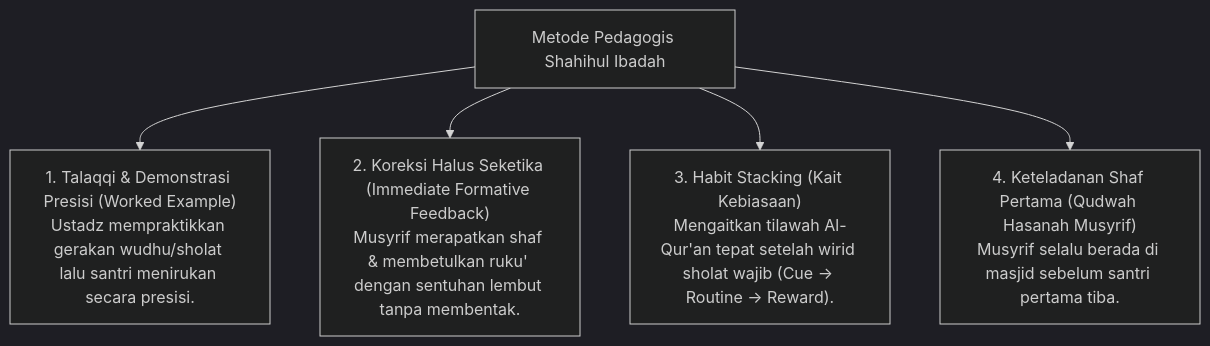
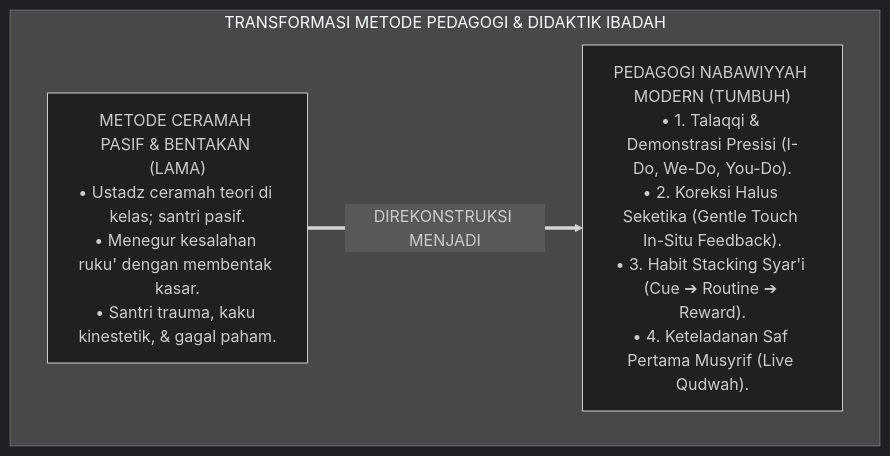
Before and after one commit to wandiapriliyandi/tumbuh: the first of 7 diagrams in 03 Capacity Framework/05 Shahihul Ibadah/P3-05-12-Metode-Pedagogi-dan-Didaktik-Ibadah.md, drawn with Mermaid (dark theme). The commit also changed other lines of this file and 15 other files, not shown here.

Commit message:
docs(domain-05): complete comprehensive research monographs for 05 Shahihul Ibadah (14 sub-modules + master doc + README)

````diff
--- a/03 Capacity Framework/05 Shahihul Ibadah/P3-05-12-Metode-Pedagogi-dan-Didaktik-Ibadah.md
+++ b/03 Capacity Framework/05 Shahihul Ibadah/P3-05-12-Metode-Pedagogi-dan-Didaktik-Ibadah.md
@@ -10,9 +54,10 @@
 ```mermaid
-graph TD
-    Metode["Metode Pedagogis Shahihul Ibadah"]
-    
-    Metode --> M1["1. Talaqqi & Demonstrasi Presisi (Worked Example)<br/>Ustadz mempraktikkan gerakan wudhu/sholat lalu santri menirukan secara presisi."]
-    Metode --> M2["2. Koreksi Halus Seketika (Immediate Formative Feedback)<br/>Musyrif merapatkan shaf & membetulkan ruku' dengan sentuhan lembut tanpa membentak."]
-    Metode --> M3["3. Habit Stacking (Kait Kebiasaan)<br/>Mengaitkan tilawah Al-Qur'an tepat setelah wirid sholat wajib (Cue -> Routine -> Reward)."]
-    Metode --> M4["4. Keteladanan Shaf Pertama (Qudwah Hasanah Musyrif)<br/>Musyrif selalu berada di masjid sebelum santri pertama tiba."]
+flowchart TD
+    subgraph TransformasiMetodePedagogiIbadah["TRANSFORMASI METODE PEDAGOGI & DIDAKTIK IBADAH"]
+        CeramahPasif["METODE CERAMAH PASIF & BENTAKAN (LAMA)<br/>• Ustadz ceramah teori di kelas; santri pasif.<br/>• Menegur kesalahan ruku' dengan membentak kasar.<br/>• Santri trauma, kaku kinestetik, & gagal paham."]
+        
+        PedagogiNabawiModern["PEDAGOGI NABAWIYYAH MODERN (TUMBUH)<br/>• 1. Talaqqi & Demonstrasi Presisi (I-Do, We-Do, You-Do).<br/>• 2. Koreksi Halus Seketika (Gentle Touch In-Situ Feedback).<br/>• 3. Habit Stacking Syar'i (Cue ➔ Routine ➔ Reward).<br/>• 4. Keteladanan Saf Pertama Musyrif (Live Qudwah)."]
+        
+        CeramahPasif ==>|DIREKONSTRUKSI MENJADI| PedagogiNabawiModern
+    end
 ```
````
